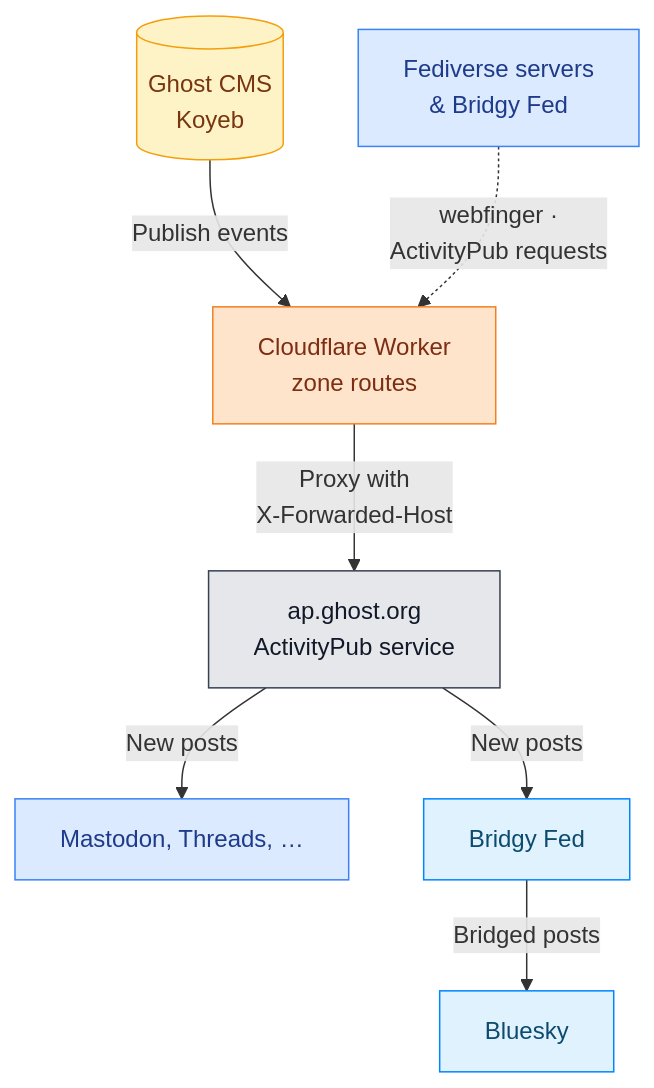
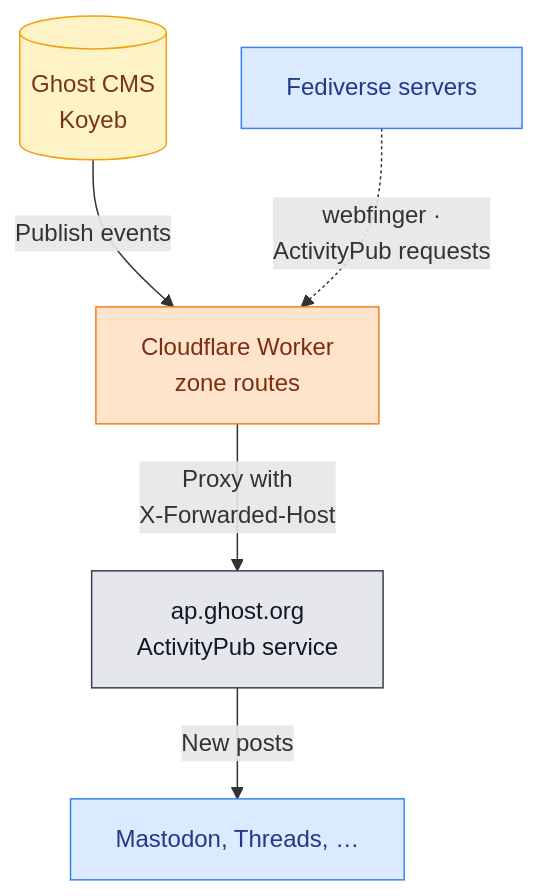
One commit to inovus-labs/kiosk.inovuslabs.org changed the first of 3 diagrams in worker/README.md. Above: the diagram before and after it, drawn with Mermaid. The commit also changed other lines of this file and 1 other file, not shown here.

Commit message:
docs(worker): describe the Bluesky setup and drop Bridgy Fed

````diff
--- a/worker/README.md
+++ b/worker/README.md
@@ -54,28 +57,23 @@
 ```mermaid
 flowchart TD
     %% ── Sources ─────────────────────────────────
     A[(Ghost CMS<br/>Koyeb)]:::source
-    R[Fediverse servers<br/>& Bridgy Fed]:::user
+    R[Fediverse servers]:::user
 
     %% ── Proxy & ActivityPub service ─────────────
     W[Cloudflare Worker<br/>zone routes]:::cf
     AP[ap.ghost.org<br/>ActivityPub service]:::gh
 
     %% ── Delivery ────────────────────────────────
     FV[Mastodon, Threads, …]:::user
-    BF[Bridgy Fed]:::bsky
-    BS[Bluesky]:::bsky
 
     A -->|Publish events| W
     R -.->|webfinger ·<br/>ActivityPub requests| W
     W -->|Proxy with<br/>X-Forwarded-Host| AP
     AP -->|New posts| FV
-    AP -->|New posts| BF
-    BF -->|Bridged posts| BS
 
     classDef user    fill:#DBEAFE,stroke:#3B82F6,color:#1E3A8A;
     classDef source  fill:#FEF3C7,stroke:#F59E0B,color:#78350F;
     classDef cf      fill:#FFE4CC,stroke:#F38020,color:#7C2D12;
     classDef gh      fill:#E5E7EB,stroke:#374151,color:#111827;
-    classDef bsky    fill:#E0F2FE,stroke:#0085FF,color:#0C4A6E;
 ```
````
